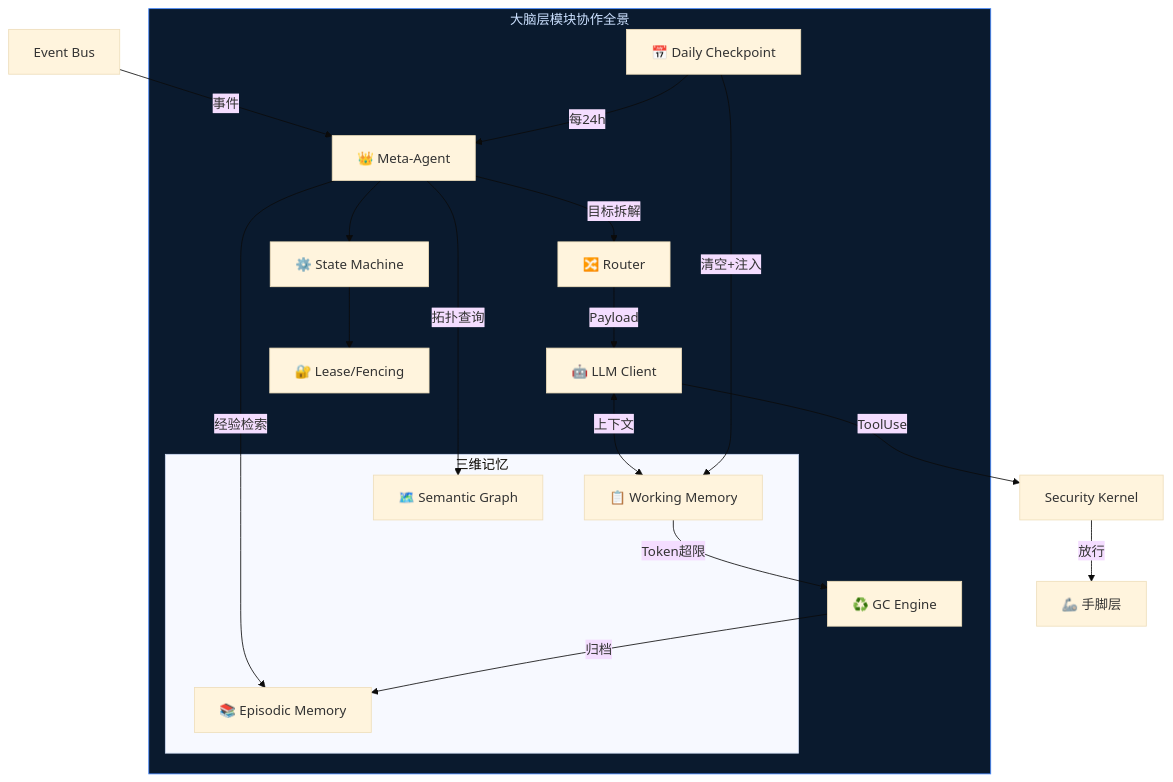
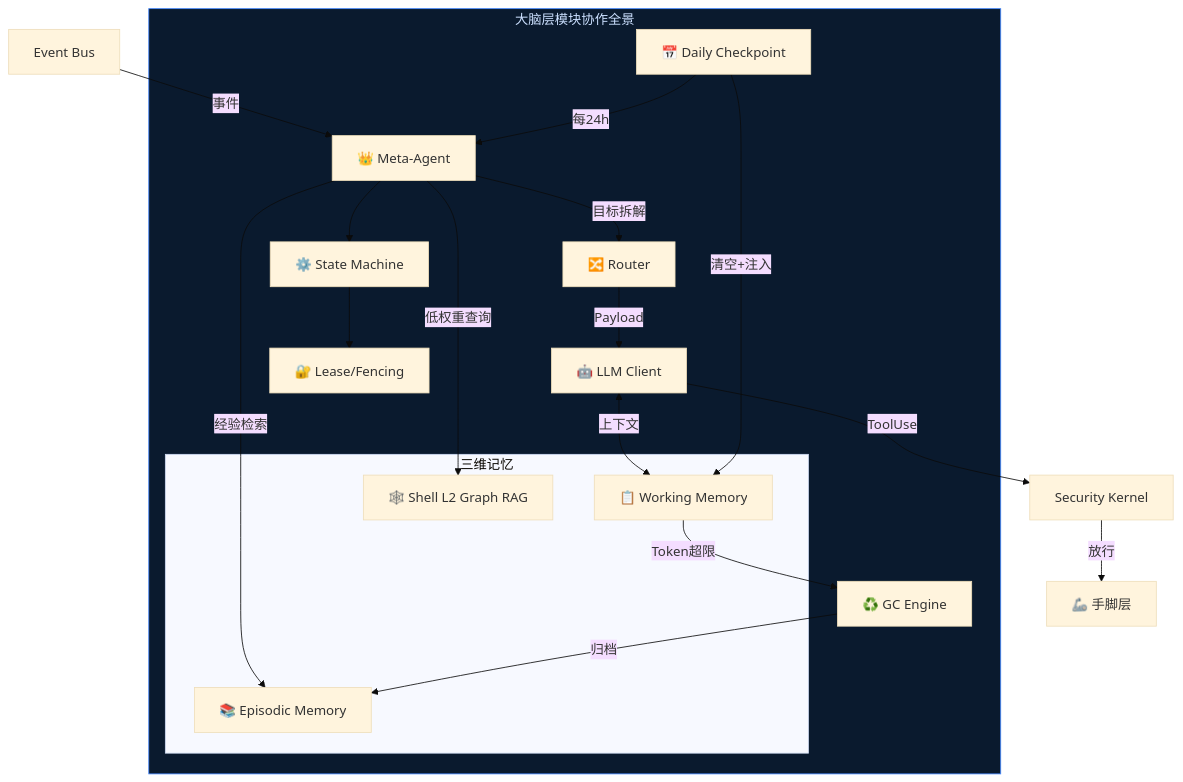
Diagram 17 of 17 in doc/11-brain-layer-modules.md (Yidhar/Embla_System), drawn with Mermaid (base theme) before and after one commit. The commit also changed other lines of this file and 64 other files, not shown here.

Commit message:
docs(repo): refresh Embla architecture and handoff notes

````diff
--- a/doc/11-brain-layer-modules.md
+++ b/doc/11-brain-layer-modules.md
@@ -745,43 +733,43 @@
 ```mermaid
 flowchart TB
     subgraph Brain["大脑层模块协作全景"]
         META["👑 Meta-Agent"]
         RT["🔀 Router"]
         LLM["🤖 LLM Client"]
 
         subgraph Memory["三维记忆"]
             WM["📋 Working Memory"]
             EM["📚 Episodic Memory"]
-            SG["🗺️ Semantic Graph"]
+            SG["🕸️ Shell L2 Graph RAG"]
         end
 
         GC["♻️ GC Engine"]
         SM["⚙️ State Machine"]
         LF["🔐 Lease/Fencing"]
         DC["📅 Daily Checkpoint"]
     end
 
     %% 认知流
     EB["Event Bus"] -->|"事件"| META
     META -->|"目标拆解"| RT
     RT -->|"Payload"| LLM
     LLM -->|"ToolUse"| SEC["Security Kernel"]
     SEC -->|"放行"| TOOLS["🦾 手脚层"]
 
     %% 记忆流
     LLM <-->|"上下文"| WM
     META -->|"经验检索"| EM
-    META -->|"拓扑查询"| SG
+    META -->|"低权重查询"| SG
     WM -->|"Token超限"| GC
     GC -->|"归档"| EM
 
     %% 状态管理
     SM --> LF
     META --> SM
 
     %% 日结
     DC -->|"每24h"| META
     DC -->|"清空+注入"| WM
 
     style Brain fill:#0a1a2e,stroke:#4488ff,color:#cce0ff
 ```
````
